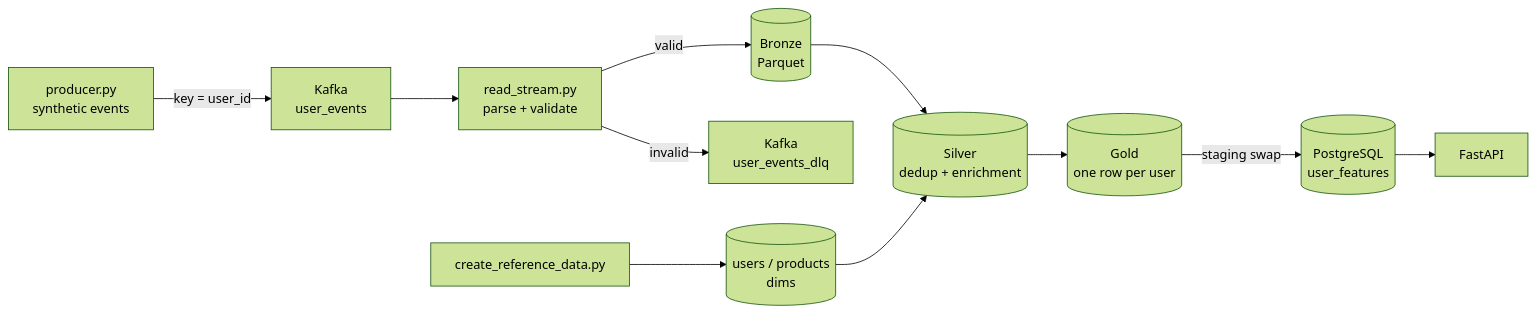
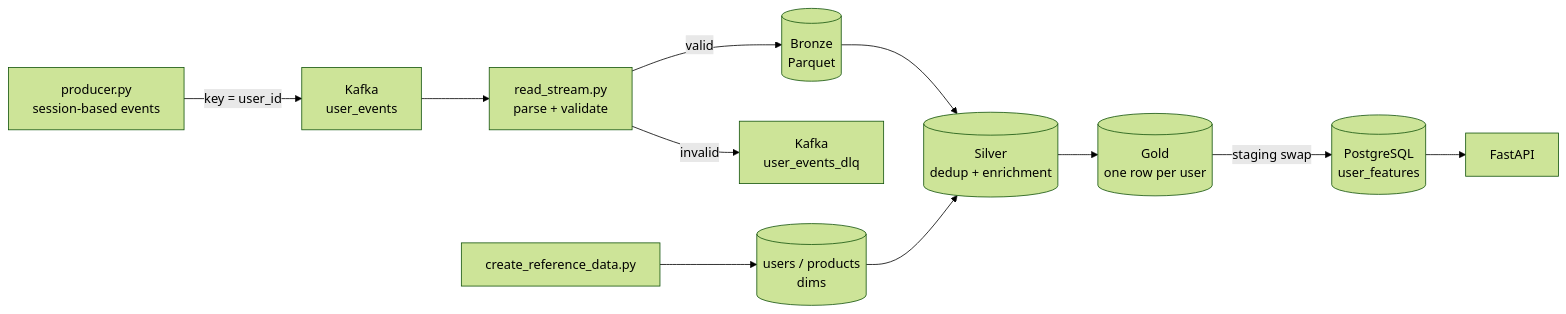
The diagram in README.md (HimanshuLabs/Real-time-personalization-pipeline), drawn with Mermaid (forest theme) before and after one commit. The commit also changed other lines of this file and 2 other files, not shown here.

````diff
--- a/README.md
+++ b/README.md
@@ -26,13 +28,13 @@
 ```mermaid
 flowchart LR
-    GEN["producer.py<br/>synthetic events"] -- "key = user_id" --> TOPIC["Kafka<br/>user_events"]
+    GEN["producer.py<br/>session-based events"] -- "key = user_id" --> TOPIC["Kafka<br/>user_events"]
     TOPIC --> STREAM["read_stream.py<br/>parse + validate"]
     STREAM -- "valid" --> BRONZE[("Bronze<br/>Parquet")]
     STREAM -- "invalid" --> DLQ["Kafka<br/>user_events_dlq"]
     REF["create_reference_data.py"] --> DIMS[("users / products<br/>dims")]
     BRONZE --> SILVER[("Silver<br/>dedup + enrichment")]
     DIMS --> SILVER
     SILVER --> GOLD[("Gold<br/>one row per user")]
     GOLD -- "staging swap" --> PG[("PostgreSQL<br/>user_features")]
     PG --> API["FastAPI"]
 ```
````
